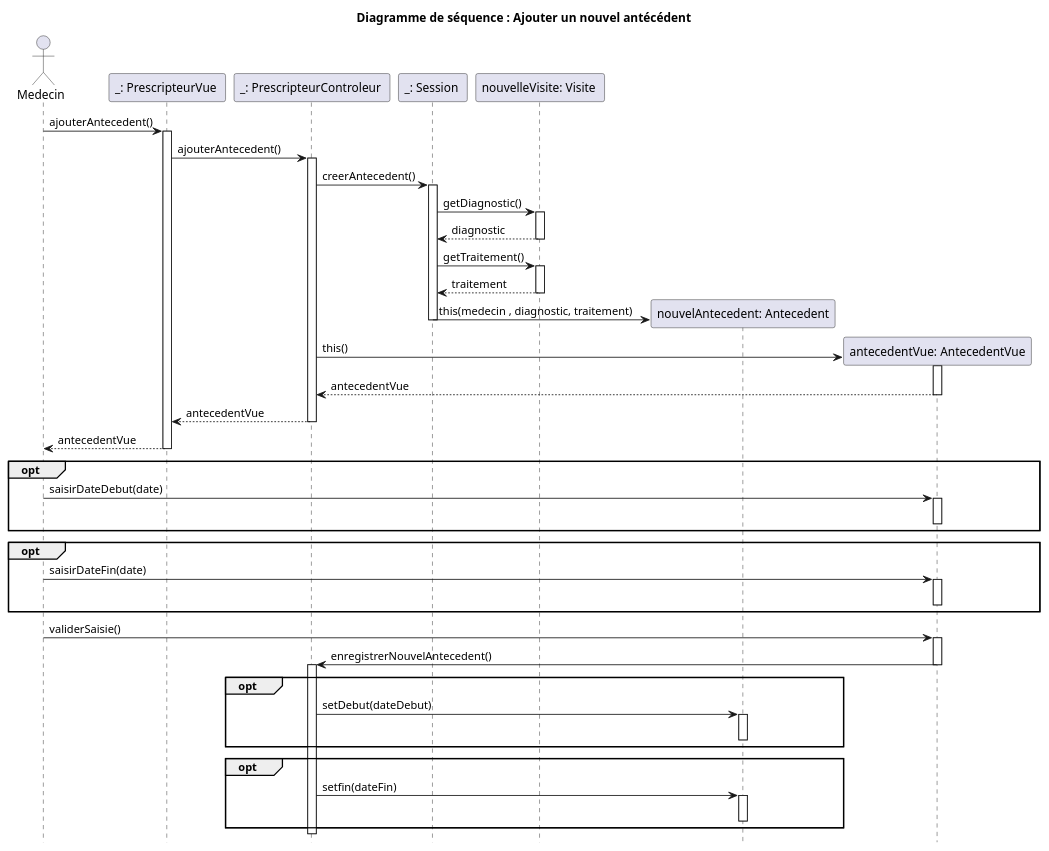
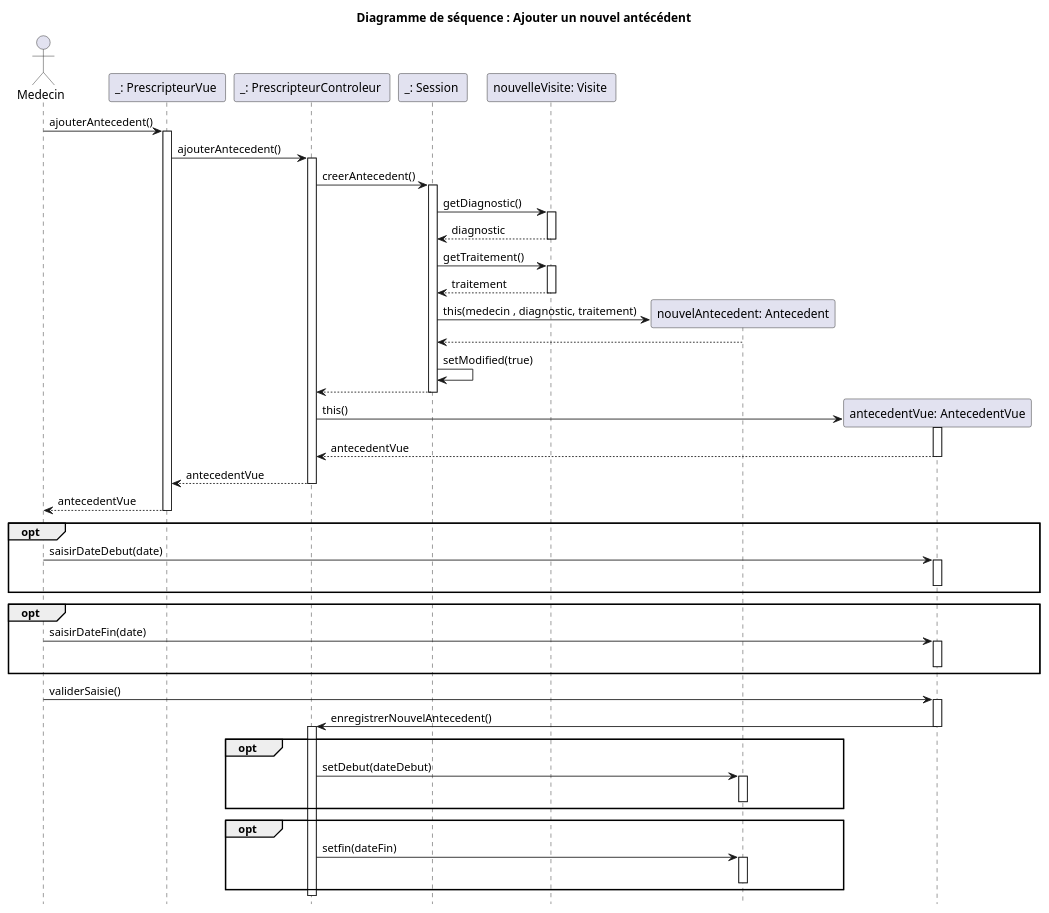
One commit to fethiuqam/INF5153-Projet-Session changed the diagram in models/Diagramme_Sequences/Ajouter_antecedent/sequence_diagram_ajouter_antecedent.puml. Above: the diagram before and after it, drawn with PlantUML. The commit also changed 3 other files, not shown here.

```diff
--- a/models/Diagramme_Sequences/Ajouter_antecedent/sequence_diagram_ajouter_antecedent.puml
+++ b/models/Diagramme_Sequences/Ajouter_antecedent/sequence_diagram_ajouter_antecedent.puml
@@ -1,74 +1,77 @@
 @startuml
 
 title Diagramme de séquence : Ajouter un nouvel antécédent
 hide footbox
 
 actor "Medecin" as med
 
 participant "_: PrescripteurVue " as pv
 med -> pv : ajouterAntecedent()
 activate pv
 
 participant "_: PrescripteurControleur " as pc
 pv -> pc : ajouterAntecedent()
 activate pc
     participant "_: Session " as ssn
     pc -> ssn : creerAntecedent()
     activate ssn
         participant "nouvelleVisite: Visite " as nv
         ssn -> nv : getDiagnostic()
         activate nv
         nv --> ssn : diagnostic
         deactivate nv
         ssn -> nv : getTraitement()
         activate nv
         nv --> ssn : traitement
         deactivate nv
 
         create participant "nouvelAntecedent: Antecedent" as na
         ssn -> na: this(medecin , diagnostic, traitement)
+        na --> ssn
 
+        ssn -> ssn : setModified(true)
+    ssn --> pc
     deactivate ssn 
     create participant "antecedentVue: AntecedentVue" as av
     pc -> av: this()
     activate av
     av --> pc : antecedentVue
     deactivate av
 pc --> pv : antecedentVue
 deactivate pc
 pv --> med : antecedentVue
 deactivate pv
 
 opt
 med -> av : saisirDateDebut(date)
 activate av
 deactivate av
 end
 
 opt
 med -> av : saisirDateFin(date)
 activate av
 deactivate av
 end
 
 med -> av : validerSaisie()
 activate av
     av -> pc : enregistrerNouvelAntecedent()
     deactivate av
     activate pc
 
     opt
     pc -> na : setDebut(dateDebut)
     activate na
     deactivate na
     end
 
     opt
     pc -> na : setfin(dateFin)
     activate na
     deactivate na
     end
 
     deactivate pc
 
 @enduml
```
